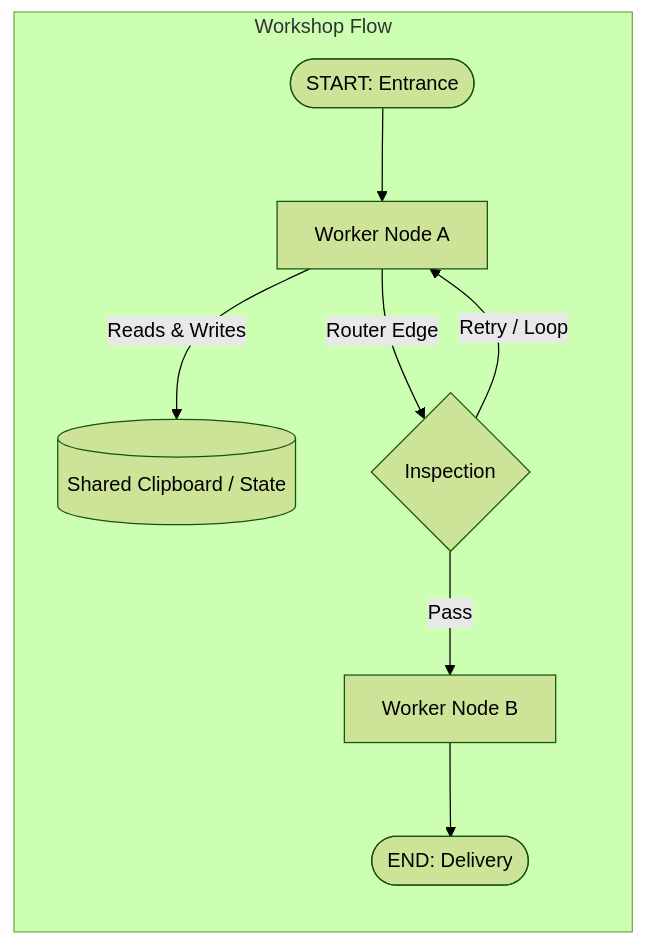
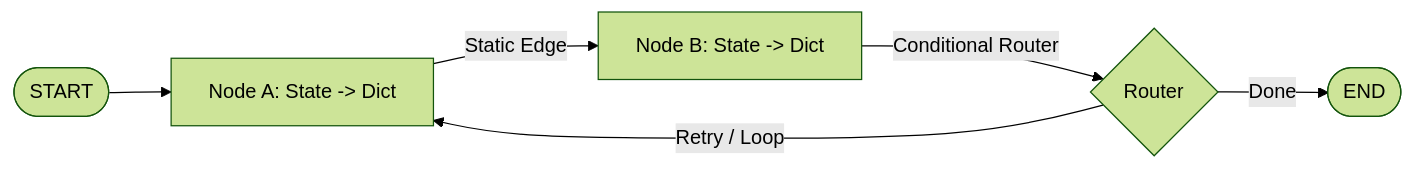
Before and after one commit to Shivanshvyas1729/Krish_naik_rag_notes2: the first of 3 diagrams in notes.md, drawn with Mermaid (forest theme). The commit also changed other lines of this file and 2 other files, not shown here.

````diff
--- a/notes.md
+++ b/notes.md
@@ -51,11 +38,8 @@
 ```mermaid
 graph LR
-    subgraph Workshop Flow
-        START([START: Entrance]) --> W1[Worker Node A]
-        W1 -->|Reads & Writes| CB[(Shared Clipboard / State)]
-        W1 -->|Router Edge| Decision{Inspection}
-        Decision -->|Pass| W2[Worker Node B]
-        Decision -->|Retry / Loop| W1
-        W2 --> END([END: Delivery])
-    end
+    START([START]) --> N1[Node A: State -> Dict]
+    N1 -->|Static Edge| N2[Node B: State -> Dict]
+    N2 -->|Conditional Router| Decision{Router}
+    Decision -->|Retry / Loop| N1
+    Decision -->|Done| END([END])
 ```
````
